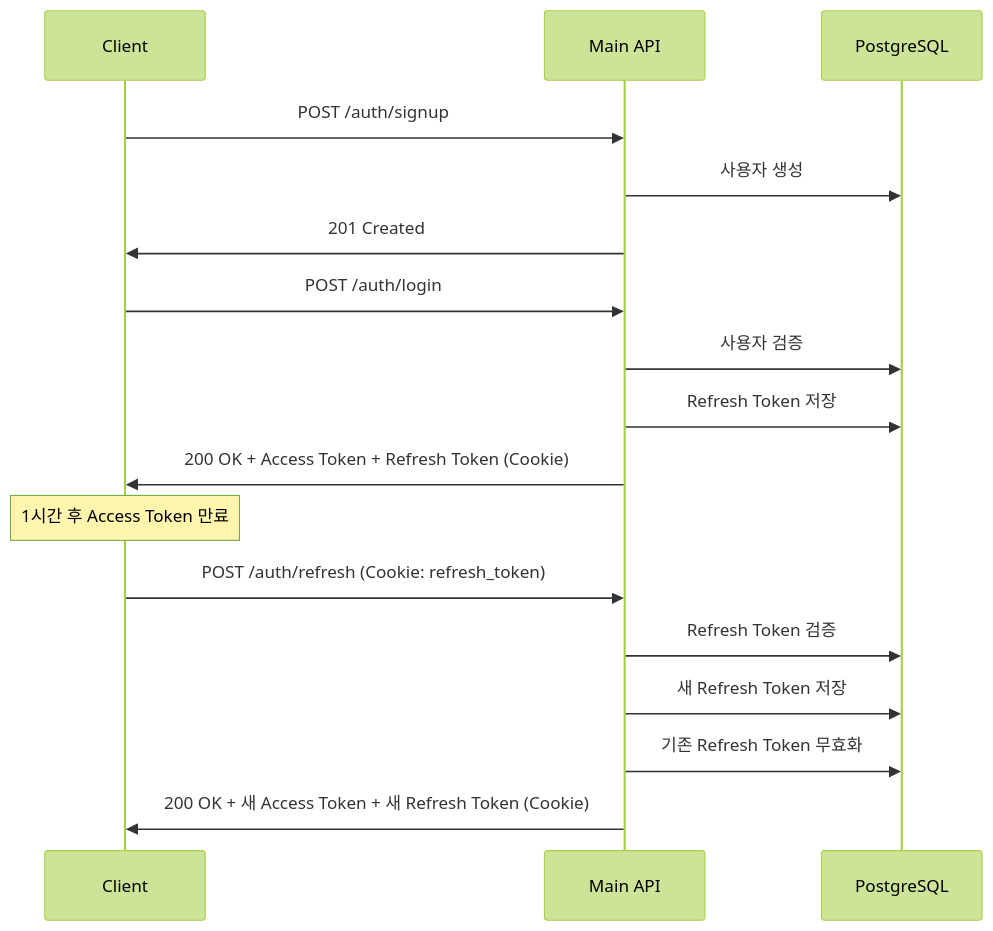
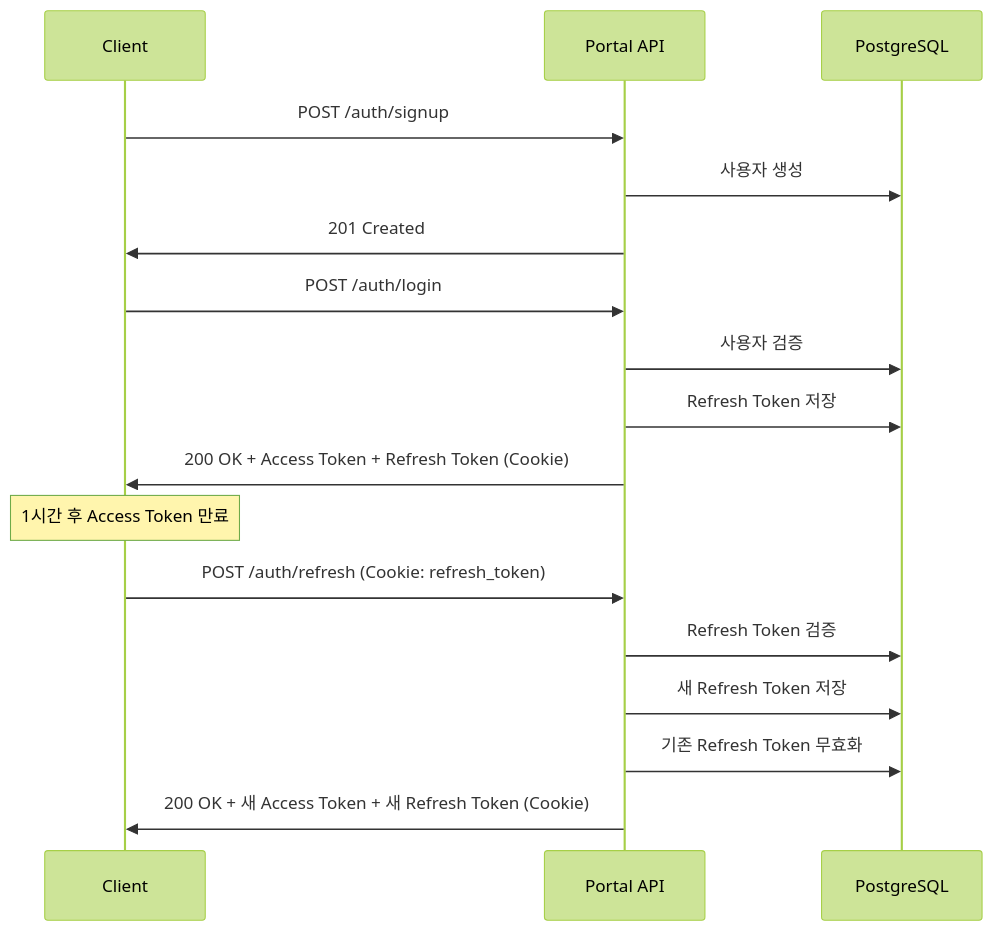
Before and after one commit to jokwangwon/portfolio-blog: the diagram in docs/api/API_SPECIFICATION.md, drawn with Mermaid (forest theme). The commit also changed other lines of this file and 26 other files, not shown here.

````diff
--- a/docs/api/API_SPECIFICATION.md
+++ b/docs/api/API_SPECIFICATION.md
@@ -31,23 +31,23 @@
 ```mermaid
 sequenceDiagram
     participant C as Client
-    participant API as Main API
+    participant API as Portal API
     participant DB as PostgreSQL
 
     C->>API: POST /auth/signup
     API->>DB: 사용자 생성
     API->>C: 201 Created
 
     C->>API: POST /auth/login
     API->>DB: 사용자 검증
     API->>DB: Refresh Token 저장
     API->>C: 200 OK + Access Token + Refresh Token (Cookie)
 
     Note over C: 1시간 후 Access Token 만료
 
     C->>API: POST /auth/refresh (Cookie: refresh_token)
     API->>DB: Refresh Token 검증
     API->>DB: 새 Refresh Token 저장
     API->>DB: 기존 Refresh Token 무효화
     API->>C: 200 OK + 새 Access Token + 새 Refresh Token (Cookie)
 ```
````
